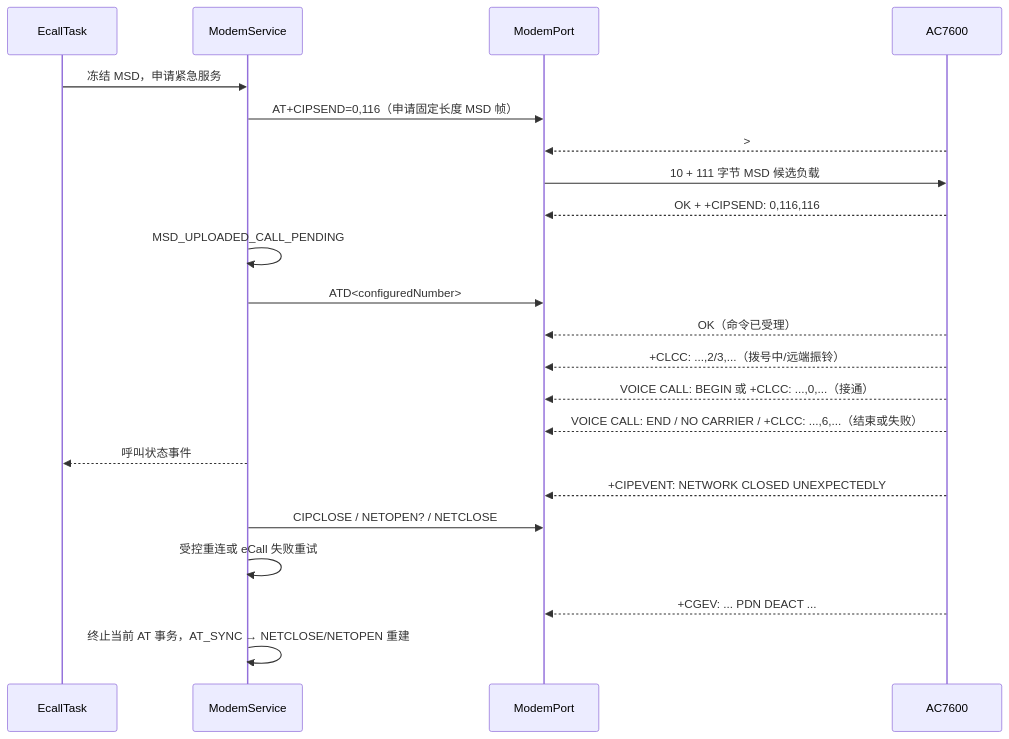
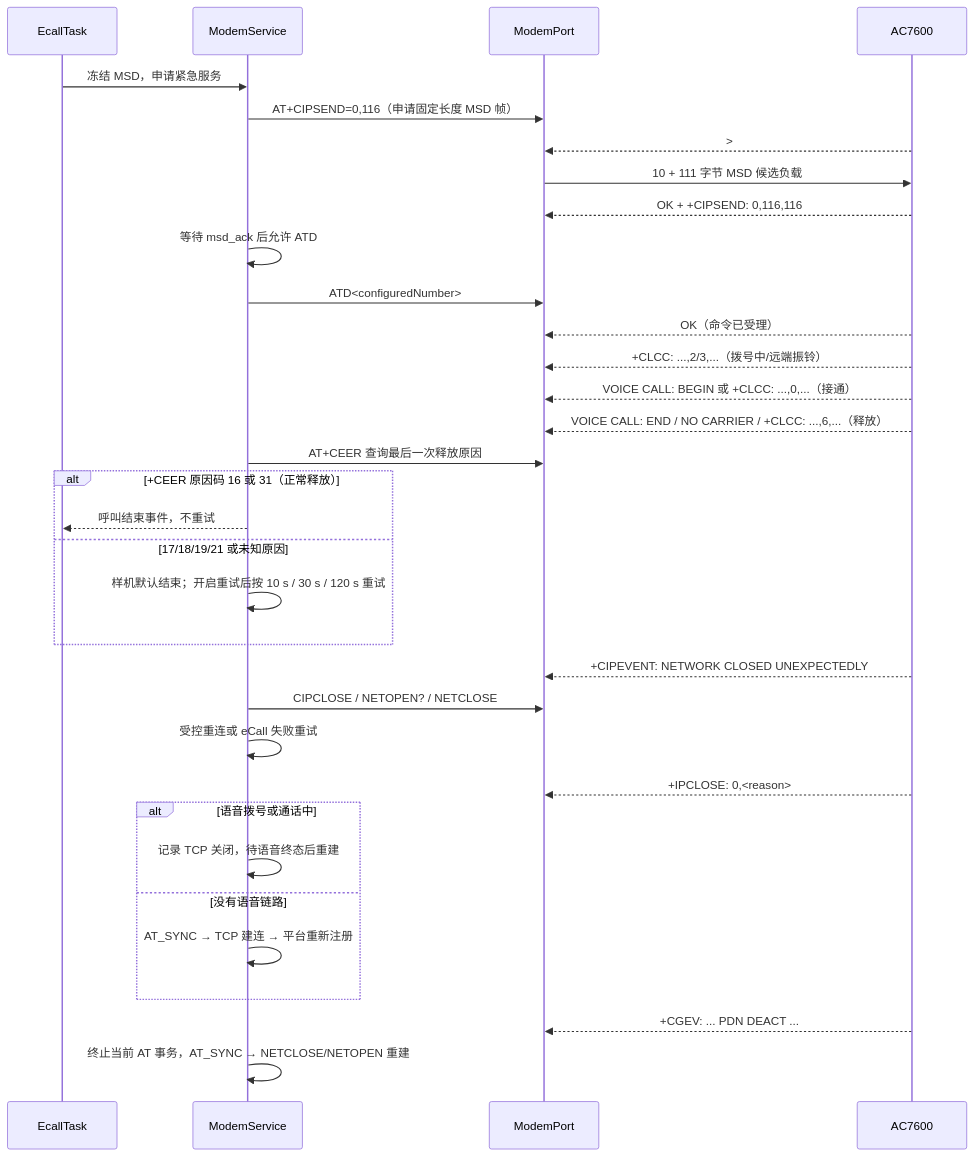
The seventh of 7 diagrams in docs/AC7600_TCPIP_SWIMLANE.md (xiaojunzhong123/eCall), drawn with Mermaid before and after one commit. The commit also changed other lines of this file and 6 other files, not shown here.

````diff
--- a/docs/AC7600_TCPIP_SWIMLANE.md
+++ b/docs/AC7600_TCPIP_SWIMLANE.md
@@ -215,27 +215,39 @@
 ```mermaid
 sequenceDiagram
     participant E as EcallTask
     participant S as ModemService
     participant P as ModemPort
     participant M as AC7600
 
     E->>S: 冻结 MSD，申请紧急服务
     S->>P: AT+CIPSEND=0,116（申请固定长度 MSD 帧）
     M-->>P: >
     P->>M: 10 + 111 字节 MSD 候选负载
     M-->>P: OK + +CIPSEND: 0,116,116
-    S->>S: MSD_UPLOADED_CALL_PENDING
+    S->>S: 等待 msd_ack 后允许 ATD
     S->>P: ATD<configuredNumber>;
     M-->>P: OK（命令已受理）
     M-->>P: +CLCC: ...,2/3,...（拨号中/远端振铃）
     M-->>P: VOICE CALL: BEGIN 或 +CLCC: ...,0,...（接通）
-    M-->>P: VOICE CALL: END / NO CARRIER / +CLCC: ...,6,...（结束或失败）
-    S-->>E: 呼叫状态事件
+    M-->>P: VOICE CALL: END / NO CARRIER / +CLCC: ...,6,...（释放）
+    S->>P: AT+CEER 查询最后一次释放原因
+    alt +CEER 原因码 16 或 31（正常释放）
+        S-->>E: 呼叫结束事件，不重试
+    else 17/18/19/21 或未知原因
+        S->>S: 样机默认结束；开启重试后按 10 s / 30 s / 120 s 重试
+    end
 
     M-->>P: +CIPEVENT: NETWORK CLOSED UNEXPECTEDLY
     S->>P: CIPCLOSE / NETOPEN? / NETCLOSE
     S->>S: 受控重连或 eCall 失败重试
 
+    M-->>P: +IPCLOSE: 0,<reason>
+    alt 语音拨号或通话中
+        S->>S: 记录 TCP 关闭，待语音终态后重建
+    else 没有语音链路
+        S->>S: AT_SYNC → TCP 建连 → 平台重新注册
+    end
+
     M-->>P: +CGEV: ... PDN DEACT ...
     S->>S: 终止当前 AT 事务，AT_SYNC → NETCLOSE/NETOPEN 重建
 ```
````
